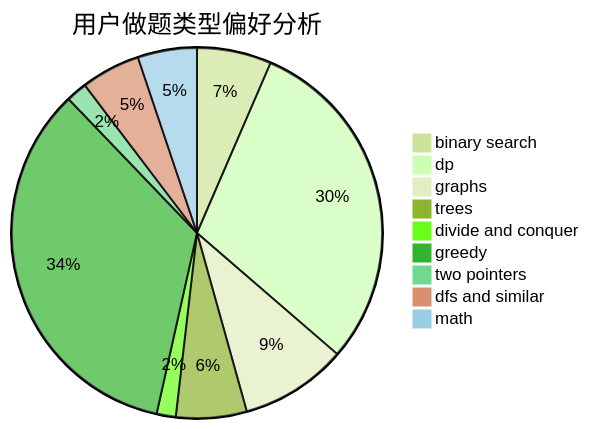
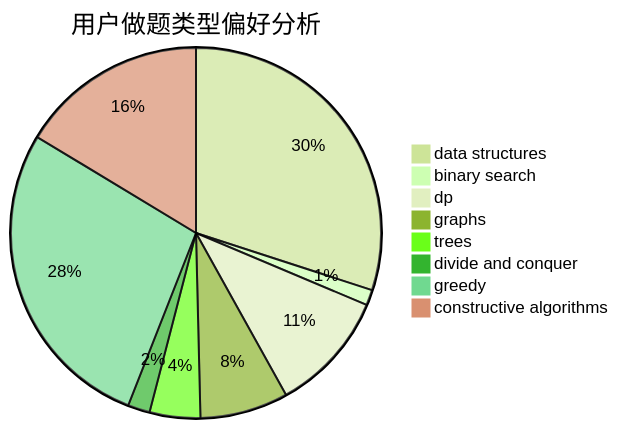
The second of 3 diagrams in docs/user/u1395.md (sherpahu/cfrs.github.io), drawn with Mermaid (forest theme) before and after one commit. The commit also changed other lines of this file and 2775 other files, not shown here.

````diff
--- a/docs/user/u1395.md
+++ b/docs/user/u1395.md
@@ -23,12 +23,11 @@
 ```mermaid
 pie title 用户做题类型偏好分析
-    "binary search" :  39
-    "dp" :  179
-    "graphs" :  56
-    "trees" :  37
+    "data structures" :  156
+    "binary search" :  7
+    "dp" :  55
+    "graphs" :  40
+    "trees" :  23
     "divide and conquer" :  10
-    "greedy" :  206
-    "two pointers" :  11
-    "dfs and similar" :  31
-    "math" :  31
+    "greedy" :  144
+    "constructive algorithms" :  85
 ```
````
